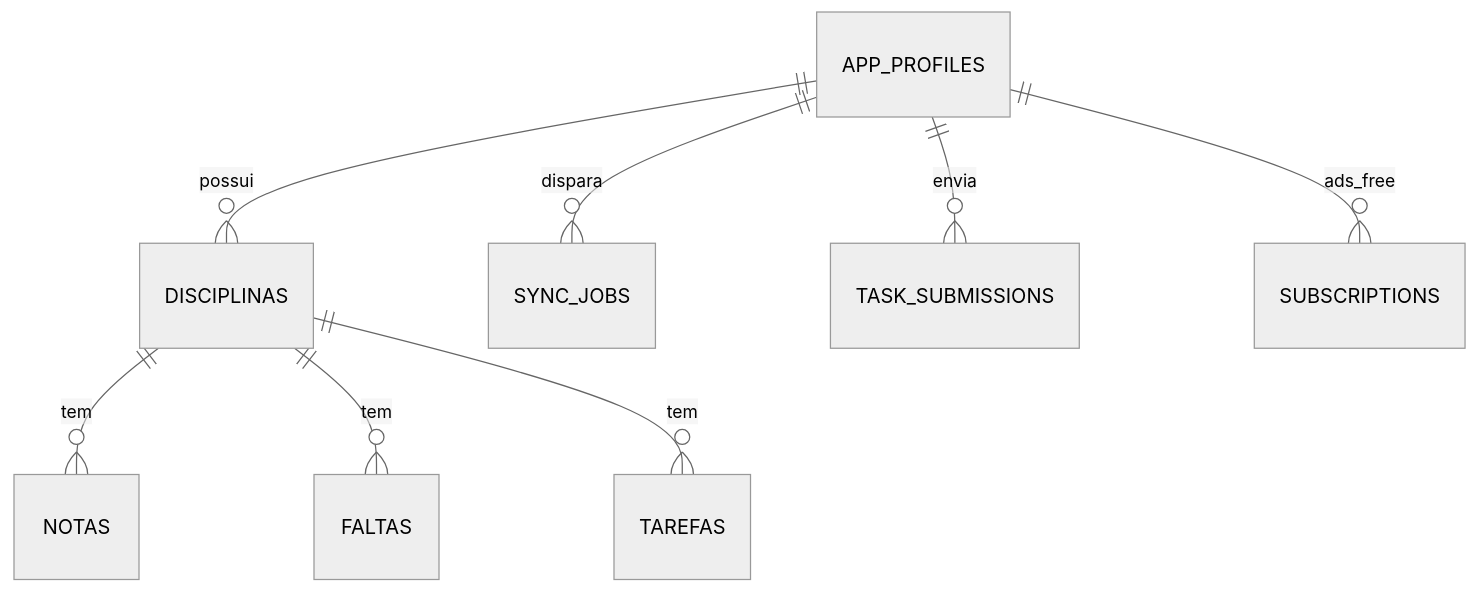
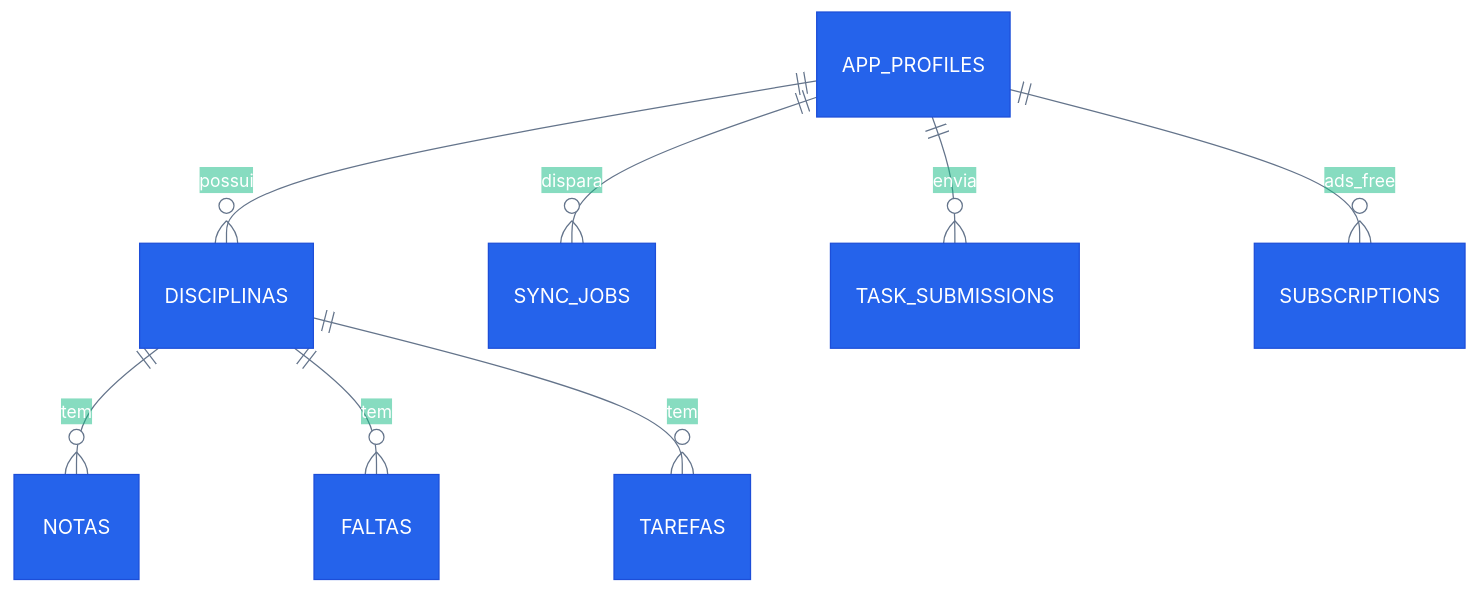
Before and after one commit to KairoHenrique/CEFET-Academic-Planner: the fifth of 5 diagrams in README.md, drawn with Mermaid. The commit also changed other lines of this file, not shown here.

Commit message:
docs: corrige tabela do README e Mermaid com cores vivas

````diff
--- a/README.md
+++ b/README.md
@@ -698,11 +705,11 @@
 ```mermaid
-%%{init: {"theme": "neutral"}}%%
+%%{init: {"theme": "base", "themeVariables": {"primaryColor": "#2563EB", "primaryTextColor": "#FFFFFF", "primaryBorderColor": "#1D4ED8", "lineColor": "#64748B", "secondaryColor": "#EAB308", "tertiaryColor": "#10B981"}}}%%
 erDiagram
   APP_PROFILES ||--o{ DISCIPLINAS : possui
   APP_PROFILES ||--o{ SYNC_JOBS : dispara
   APP_PROFILES ||--o{ TASK_SUBMISSIONS : envia
   APP_PROFILES ||--o{ SUBSCRIPTIONS : ads_free
   DISCIPLINAS ||--o{ NOTAS : tem
   DISCIPLINAS ||--o{ FALTAS : tem
   DISCIPLINAS ||--o{ TAREFAS : tem
 ```
````
